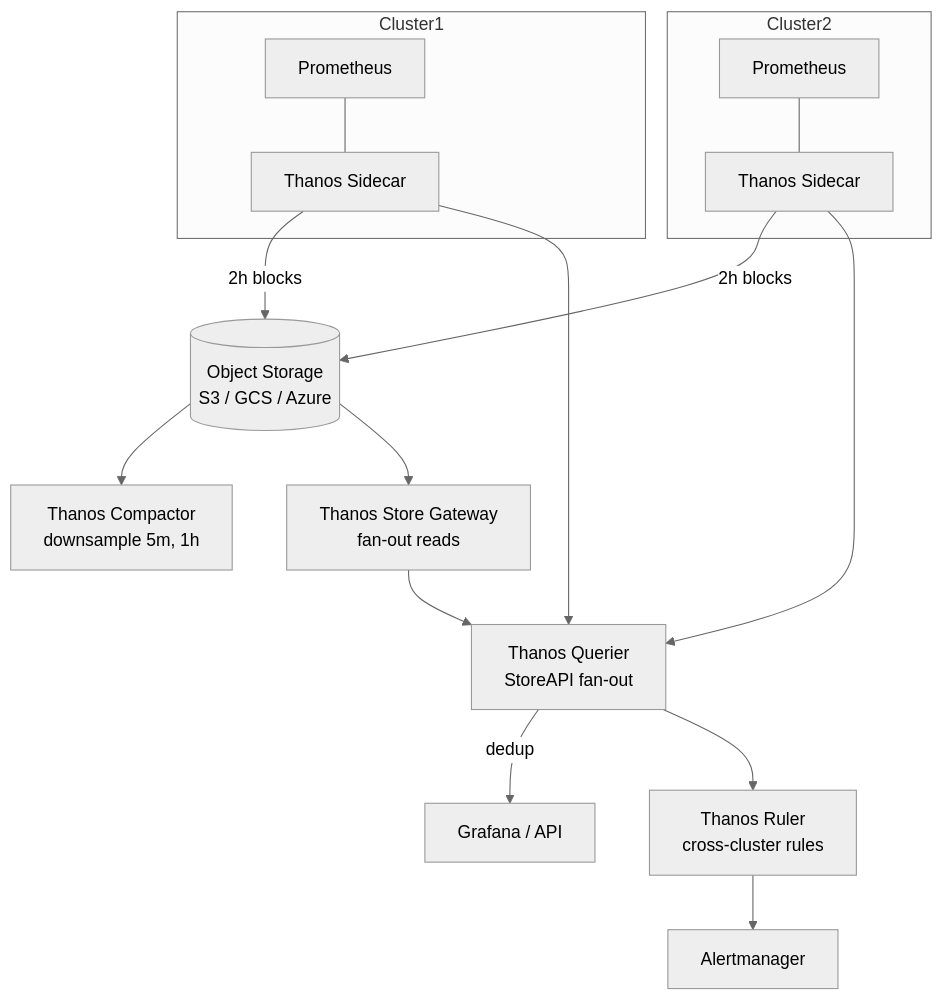
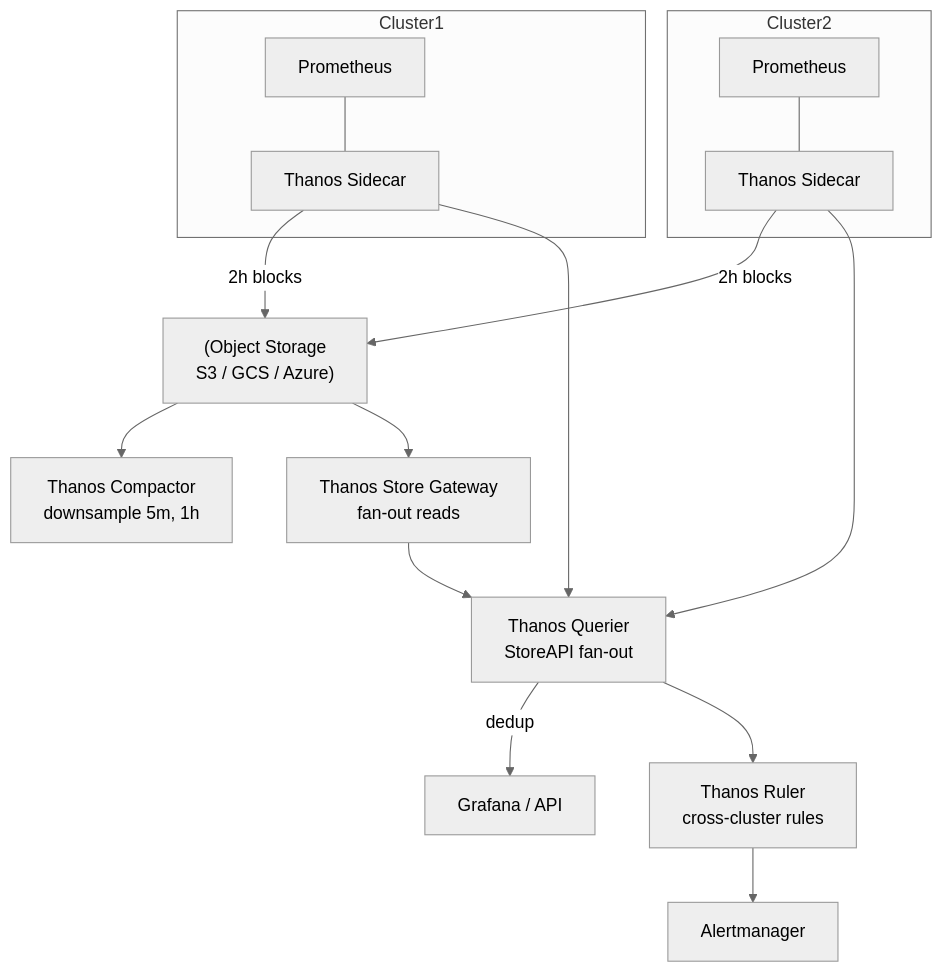
Before and after one commit to srinivaskona7/devops-learning: the diagram in 05-monitoring/10-cost-and-cardinality/thanos-architecture.md, drawn with Mermaid (neutral theme). The commit also changed 220 other files, not shown here.

````diff
--- a/05-monitoring/10-cost-and-cardinality/thanos-architecture.md
+++ b/05-monitoring/10-cost-and-cardinality/thanos-architecture.md
@@ -10,23 +10,23 @@
 ```mermaid
 flowchart TB
     subgraph Cluster1
         P1[Prometheus] --- SC1[Thanos Sidecar]
     end
     subgraph Cluster2
         P2[Prometheus] --- SC2[Thanos Sidecar]
     end
 
-    SC1 -->|2h blocks| S3[(Object Storage<br/>S3 / GCS / Azure)]
+    SC1 -->|2h blocks| S3["(Object Storage<br/>S3 / GCS / Azure)"]
     SC2 -->|2h blocks| S3
 
-    S3 --> COMPACT[Thanos Compactor<br/>downsample 5m, 1h]
-    S3 --> STORE[Thanos Store Gateway<br/>fan-out reads]
+    S3 --> COMPACT["Thanos Compactor<br/>downsample 5m, 1h"]
+    S3 --> STORE["Thanos Store Gateway<br/>fan-out reads"]
 
-    SC1 --> QUERIER[Thanos Querier<br/>StoreAPI fan-out]
+    SC1 --> QUERIER["Thanos Querier<br/>StoreAPI fan-out"]
     SC2 --> QUERIER
     STORE --> QUERIER
     QUERIER -->|dedup| GRAFANA[Grafana / API]
 
-    QUERIER --> RULER[Thanos Ruler<br/>cross-cluster rules]
+    QUERIER --> RULER["Thanos Ruler<br/>cross-cluster rules"]
     RULER --> AM[Alertmanager]
 ```
````
